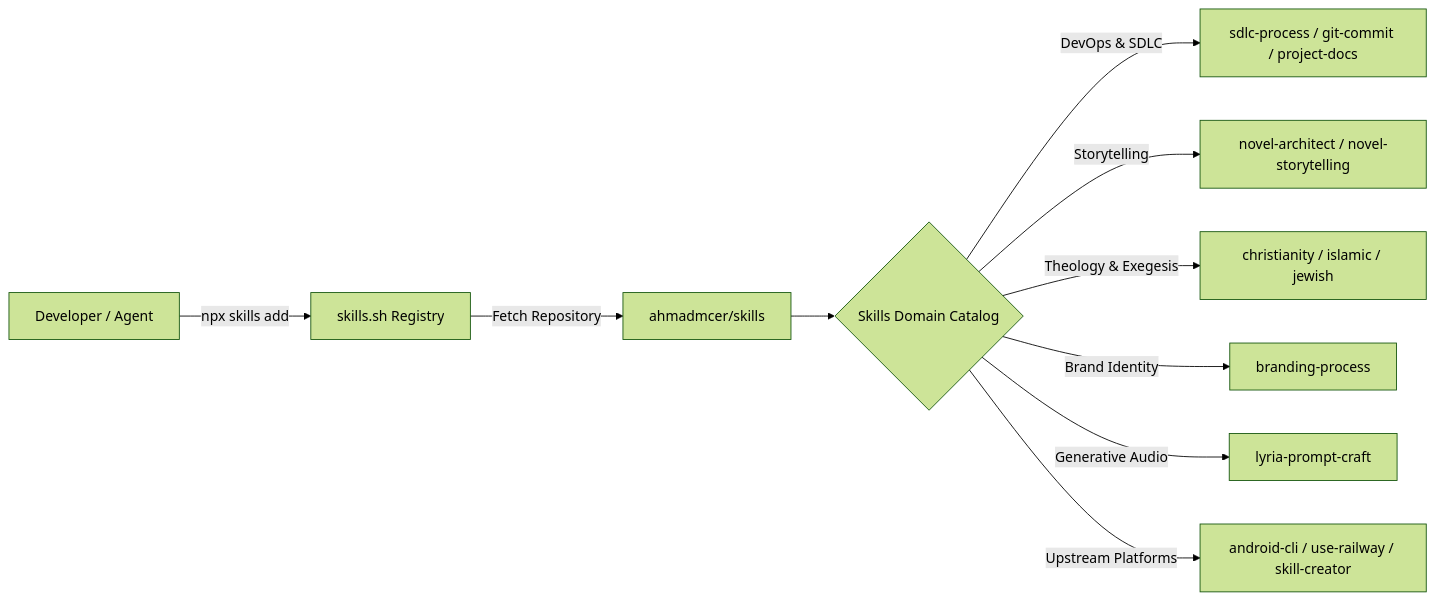
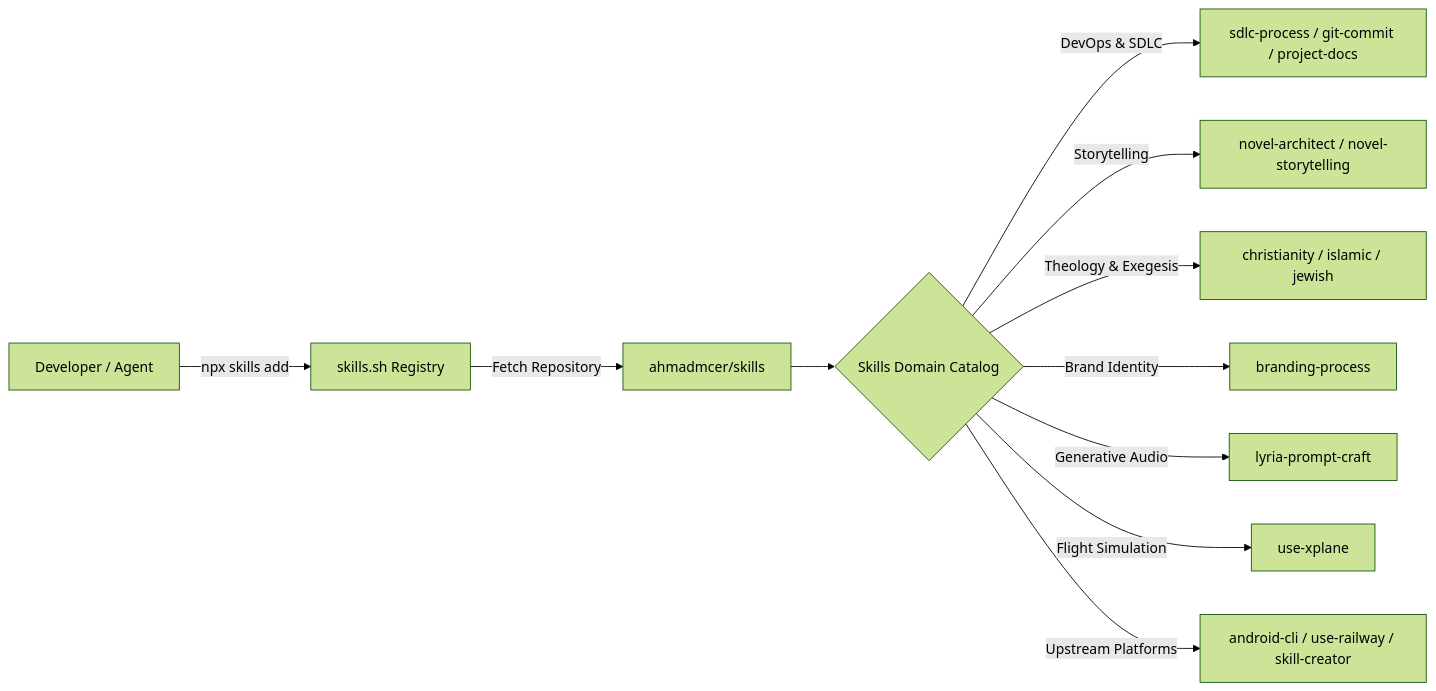
One commit to ahmadmcer/skills changed the diagram in README.md. Above: the diagram before and after it, drawn with Mermaid (forest theme). The commit also changed other lines of this file and 12 other files, not shown here.

````diff
--- a/README.md
+++ b/README.md
@@ -17,12 +17,13 @@
 ```mermaid
 flowchart LR
     A["Developer / Agent"] -->|npx skills add| B["skills.sh Registry"]
     B -->|Fetch Repository| C["ahmadmcer/skills"]
     C --> D{"Skills Domain Catalog"}
     D -->|DevOps & SDLC| E["sdlc-process / git-commit / project-docs"]
     D -->|Storytelling| F["novel-architect / novel-storytelling"]
     D -->|Theology & Exegesis| G["christianity / islamic / jewish"]
     D -->|Brand Identity| H["branding-process"]
     D -->|Generative Audio| I["lyria-prompt-craft"]
+    D -->|Flight Simulation| K["use-xplane"]
     D -->|Upstream Platforms| J["android-cli / use-railway / skill-creator"]
 ```
````
